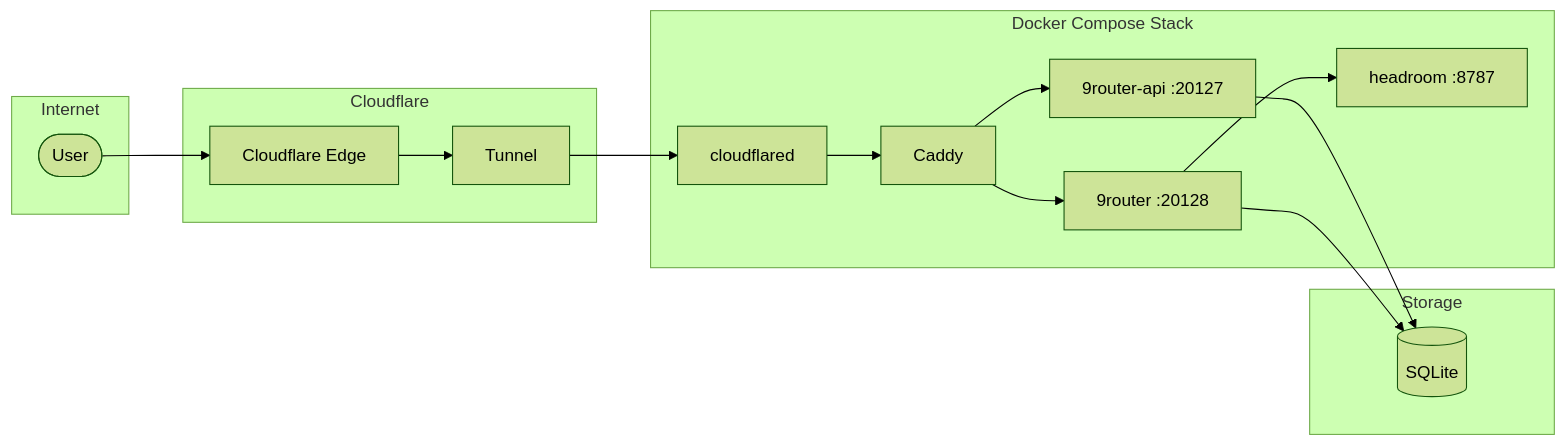
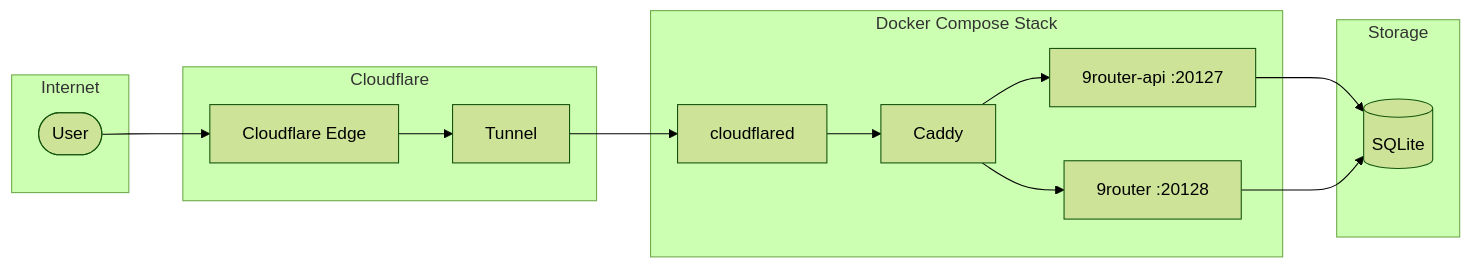
The diagram in README.md (vianhanif/9router-deploy), drawn with Mermaid (forest theme) before and after one commit. The commit also changed other lines of this file and 7 other files, not shown here.

````diff
--- a/README.md
+++ b/README.md
@@ -7,27 +7,25 @@
 ```mermaid
 flowchart LR
     subgraph Internet
         User([User])
     end
     subgraph Cloudflare
         CF[Cloudflare Edge]
         T[Tunnel]
     end
     subgraph Docker["Docker Compose Stack"]
         cloudflared[cloudflared]
         caddy[Caddy]
         api[9router-api :20127]
         dashboard[9router :20128]
-        headroom[headroom :8787]
     end
     subgraph Storage
         DB[(SQLite)]
     end
 
     User --> CF --> T --> cloudflared --> caddy
     caddy --> api
     caddy --> dashboard
-    dashboard --> headroom
     api --> DB
     dashboard --> DB
 ```
````
